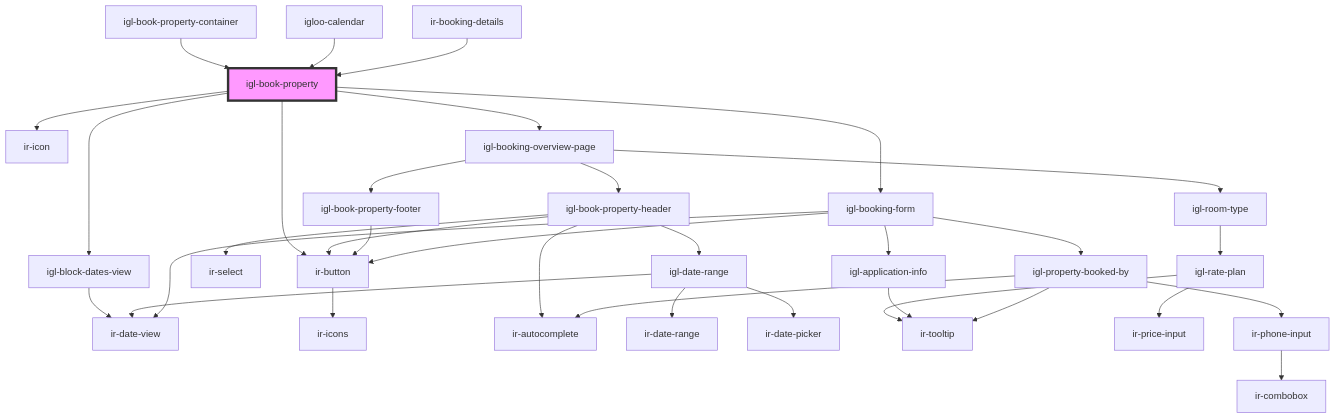
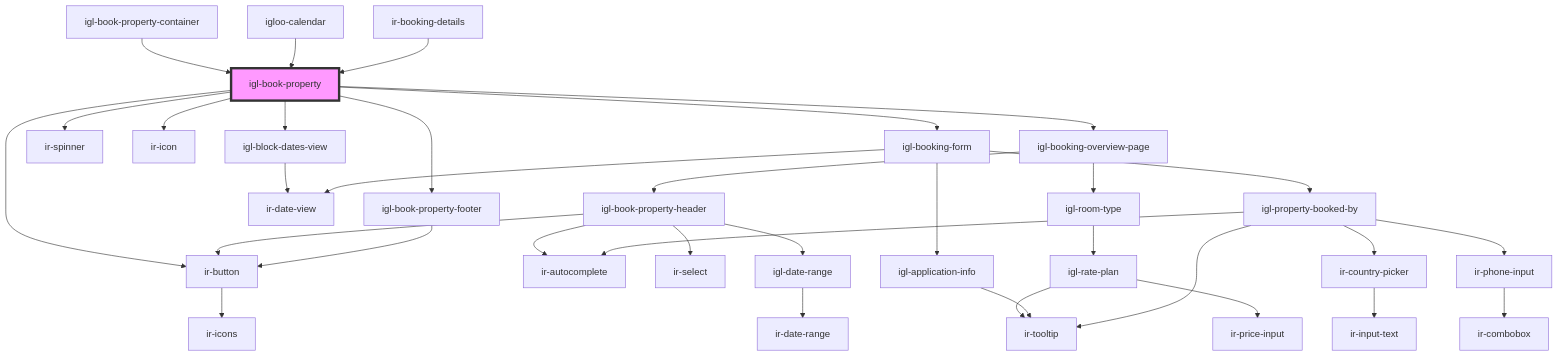
One commit to RonyRizk/ir-webcmp changed the diagram in src/components/igloo-calendar/igl-book-property/readme.md. Above: the diagram before and after it, drawn with Mermaid. The commit also changed other lines of this file and 293 other files, not shown here.

````diff
--- a/src/components/igloo-calendar/igl-book-property/readme.md
+++ b/src/components/igloo-calendar/igl-book-property/readme.md
@@ -51,37 +53,37 @@
 ```mermaid
 graph TD;
   igl-book-property --> igl-block-dates-view
-  igl-book-property --> ir-button
+  igl-book-property --> ir-spinner
   igl-book-property --> ir-icon
   igl-book-property --> igl-booking-overview-page
   igl-book-property --> igl-booking-form
+  igl-book-property --> ir-button
+  igl-book-property --> igl-book-property-footer
   igl-block-dates-view --> ir-date-view
-  ir-button --> ir-icons
   igl-booking-overview-page --> igl-book-property-header
   igl-booking-overview-page --> igl-room-type
-  igl-booking-overview-page --> igl-book-property-footer
   igl-book-property-header --> ir-autocomplete
   igl-book-property-header --> ir-select
   igl-book-property-header --> ir-button
   igl-book-property-header --> igl-date-range
+  ir-button --> ir-icons
   igl-date-range --> ir-date-range
-  igl-date-range --> ir-date-picker
-  igl-date-range --> ir-date-view
   igl-room-type --> igl-rate-plan
   igl-rate-plan --> ir-tooltip
   igl-rate-plan --> ir-price-input
-  igl-book-property-footer --> ir-button
   igl-booking-form --> ir-date-view
   igl-booking-form --> igl-application-info
   igl-booking-form --> igl-property-booked-by
-  igl-booking-form --> ir-button
   igl-application-info --> ir-tooltip
   igl-property-booked-by --> ir-autocomplete
   igl-property-booked-by --> ir-tooltip
+  igl-property-booked-by --> ir-country-picker
   igl-property-booked-by --> ir-phone-input
+  ir-country-picker --> ir-input-text
   ir-phone-input --> ir-combobox
+  igl-book-property-footer --> ir-button
   igl-book-property-container --> igl-book-property
   igloo-calendar --> igl-book-property
   ir-booking-details --> igl-book-property
   style igl-book-property fill:#f9f,stroke:#333,stroke-width:4px
 ```
````
